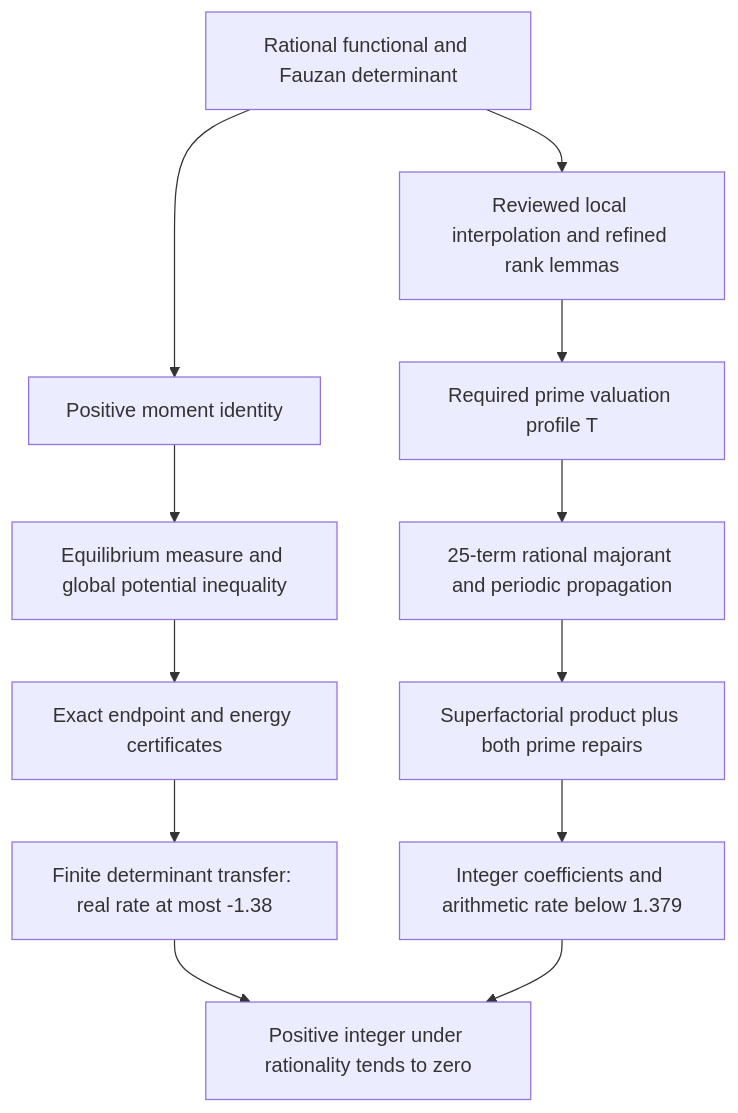
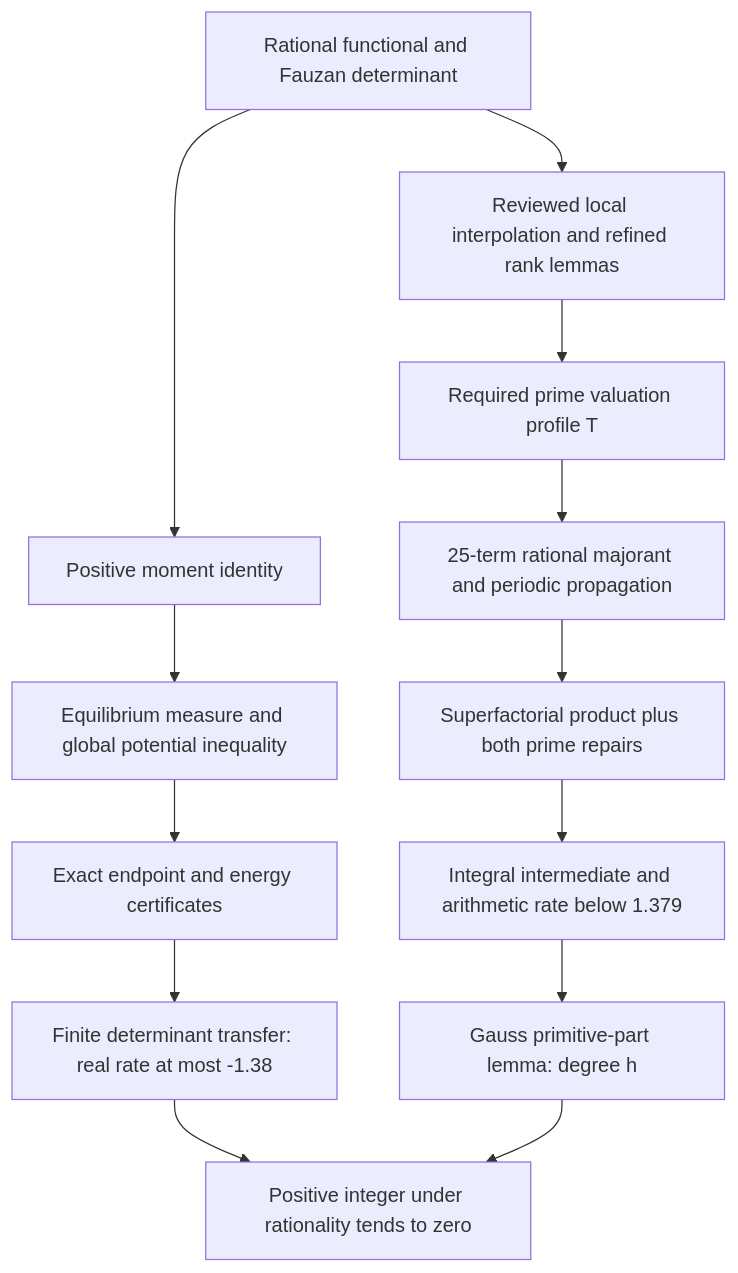
One commit to BoomydayCoder/Mathathon changed the diagram in codex/problem131/pnt-free-zeta5-guide.md. Above: the diagram before and after it, drawn with Mermaid. The commit also changed other lines of this file and 46 other files, not shown here.

```diff
--- a/codex/problem131/pnt-free-zeta5-guide.md
+++ b/codex/problem131/pnt-free-zeta5-guide.md
@@ -591,14 +648,15 @@
 ~~~mermaid
 flowchart TD
   A["Rational functional and Fauzan determinant"] --> B["Positive moment identity"]
   A --> C["Reviewed local interpolation and refined rank lemmas"]
   B --> D["Equilibrium measure and global potential inequality"]
   D --> E["Exact endpoint and energy certificates"]
   E --> F["Finite determinant transfer: real rate at most -1.38"]
   C --> G["Required prime valuation profile T"]
   G --> H["25-term rational majorant and periodic propagation"]
   H --> I["Superfactorial product plus both prime repairs"]
-  I --> J["Integer coefficients and arithmetic rate below 1.379"]
+  I --> J["Integral intermediate and arithmetic rate below 1.379"]
+  J --> L["Gauss primitive-part lemma: degree h"]
   F --> K["Positive integer under rationality tends to zero"]
-  J --> K
+  L --> K
 ~~~
```
